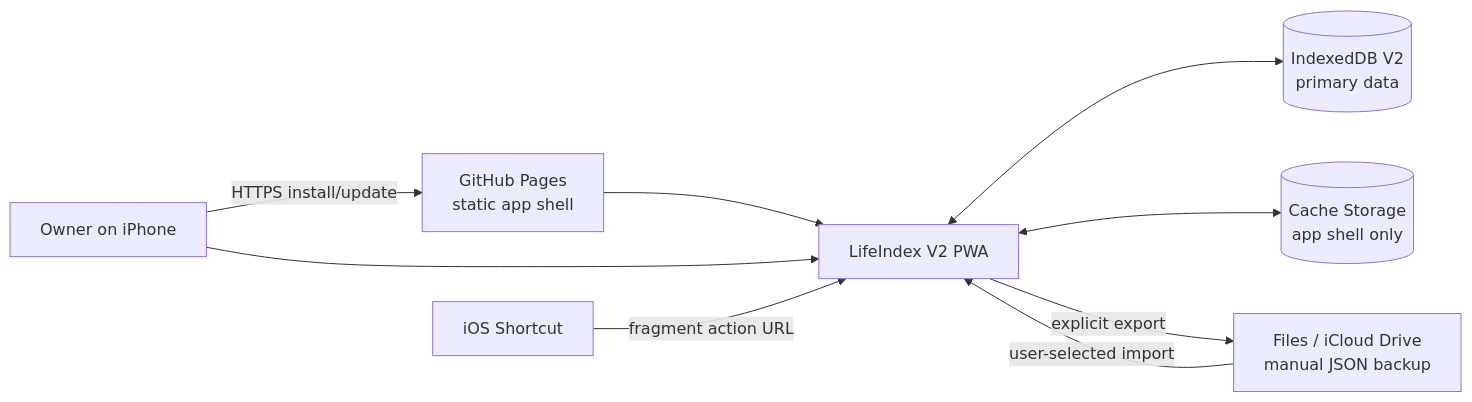
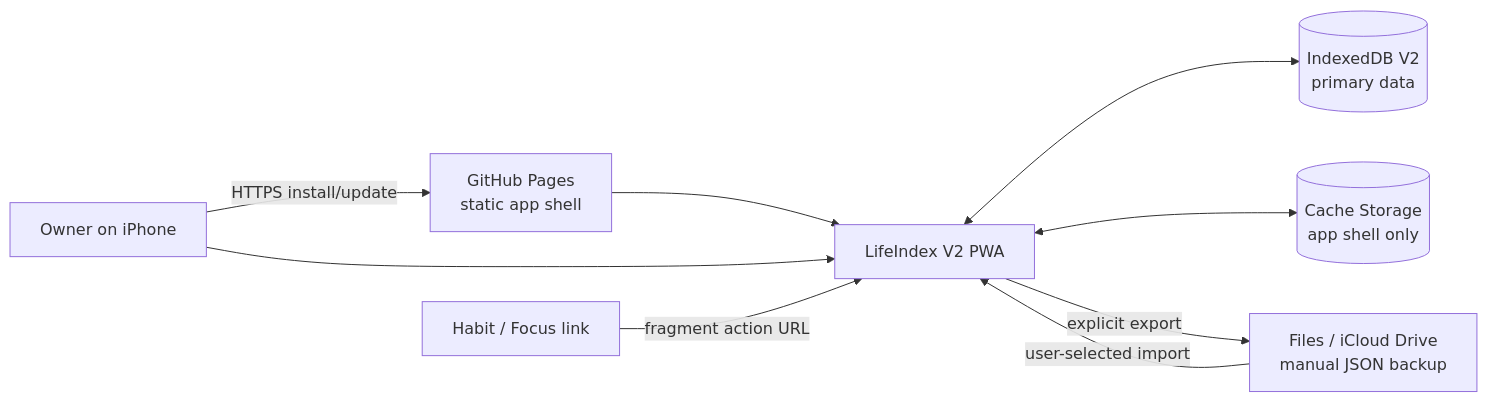
Before and after one commit to shushengritian/LifeIndex: the first of 5 diagrams in docs/architecture/HLD.md, drawn with Mermaid. The commit also changed other lines of this file and 105 other files, not shown here.

````diff
--- a/docs/architecture/HLD.md
+++ b/docs/architecture/HLD.md
@@ -21,19 +21,19 @@
 ```mermaid
 flowchart LR
     User[Owner on iPhone]
-    Shortcut[iOS Shortcut]
+    Link[Habit / Focus link]
     Pages[GitHub Pages\nstatic app shell]
     App[LifeIndex V2 PWA]
     IDB[(IndexedDB V2\nprimary data)]
     Cache[(Cache Storage\napp shell only)]
     Files[Files / iCloud Drive\nmanual JSON backup]
 
     User -->|HTTPS install/update| Pages
     Pages --> App
     User --> App
-    Shortcut -->|fragment action URL| App
+    Link -->|fragment action URL| App
     App <--> IDB
     App <--> Cache
     App -->|explicit export| Files
     Files -->|user-selected import| App
 ```
````
